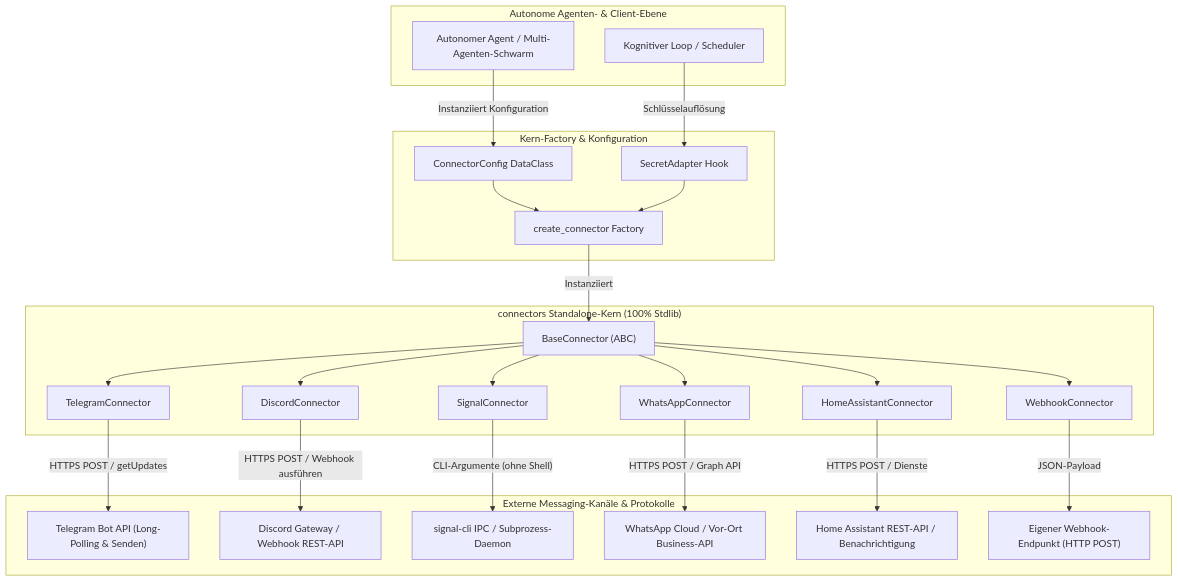
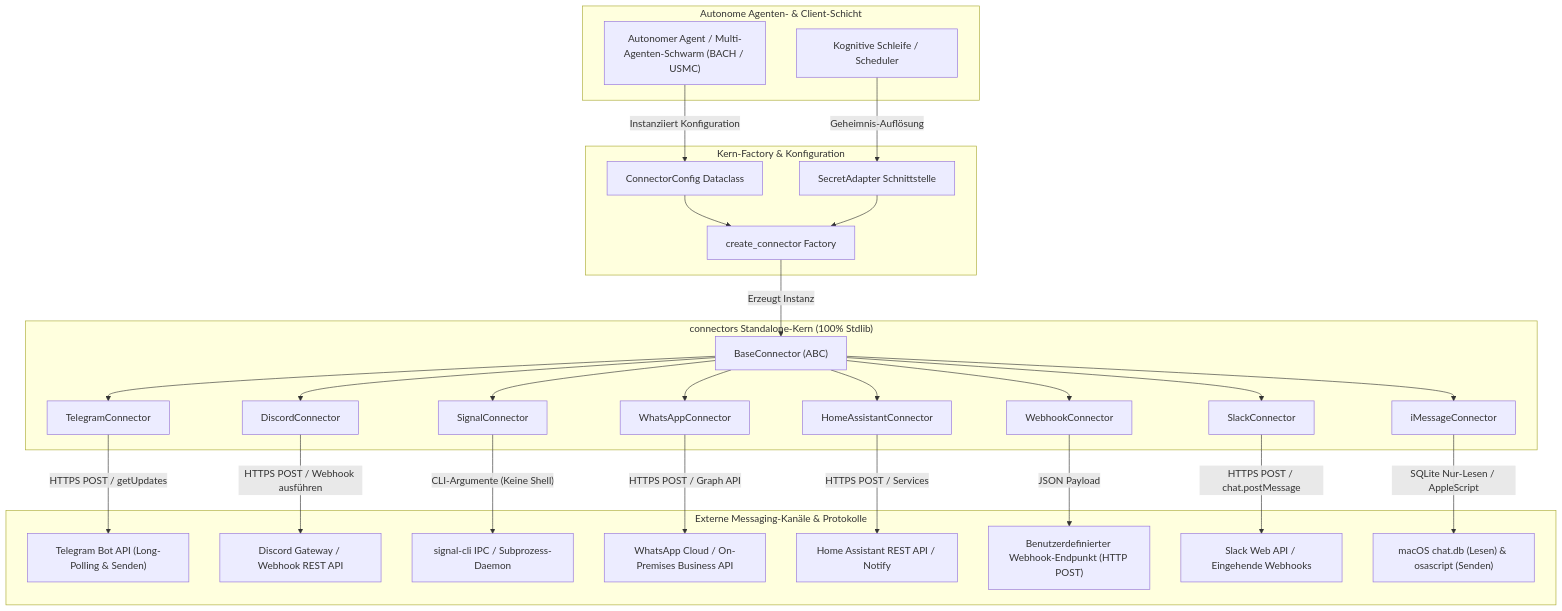
One commit to ellmos-ai/connectors changed the first of 2 diagrams in README_de.md. Above: the diagram before and after it, drawn with Mermaid. The commit also changed other lines of this file and 12 other files, not shown here.

````diff
--- a/README_de.md
+++ b/README_de.md
@@ -59,52 +64,60 @@
 ```mermaid
 flowchart TD
-    subgraph AgentLayer ["Autonome Agenten- & Client-Ebene"]
-        A[Autonomer Agent / Multi-Agenten-Schwarm]
-        B[Kognitiver Loop / Scheduler]
+    subgraph AgentLayer ["Autonome Agenten- & Client-Schicht"]
+        A["Autonomer Agent / Multi-Agenten-Schwarm (BACH / USMC)"]
+        B["Kognitive Schleife / Scheduler"]
     end
 
     subgraph CoreFactory ["Kern-Factory & Konfiguration"]
-        CF[create_connector Factory]
-        CC[ConnectorConfig DataClass]
-        SA[SecretAdapter Hook]
+        CF["create_connector Factory"]
+        CC["ConnectorConfig Dataclass"]
+        SA["SecretAdapter Schnittstelle"]
     end
 
     subgraph ConnectorsModule ["connectors Standalone-Kern (100% Stdlib)"]
         BC["BaseConnector (ABC)"]
-        TC[TelegramConnector]
-        DC[DiscordConnector]
-        SC[SignalConnector]
-        WC[WhatsAppConnector]
-        HC[HomeAssistantConnector]
-        WH[WebhookConnector]
+        TC["TelegramConnector"]
+        DC["DiscordConnector"]
+        SC["SignalConnector"]
+        WC["WhatsAppConnector"]
+        HC["HomeAssistantConnector"]
+        WH["WebhookConnector"]
+        SLC["SlackConnector"]
+        IMC["iMessageConnector"]
     end
 
     subgraph ExternalPlatforms ["Externe Messaging-Kanäle & Protokolle"]
         EP_TG["Telegram Bot API (Long-Polling & Senden)"]
-        EP_DC["Discord Gateway / Webhook REST-API"]
+        EP_DC["Discord Gateway / Webhook REST API"]
         EP_SG["signal-cli IPC / Subprozess-Daemon"]
-        EP_WA["WhatsApp Cloud / Vor-Ort Business-API"]
-        EP_HA["Home Assistant REST-API / Benachrichtigung"]
-        EP_WH["Eigener Webhook-Endpunkt (HTTP POST)"]
+        EP_WA["WhatsApp Cloud / On-Premises Business API"]
+        EP_HA["Home Assistant REST API / Notify"]
+        EP_WH["Benutzerdefinierter Webhook-Endpunkt (HTTP POST)"]
+        EP_SL["Slack Web API / Eingehende Webhooks"]
+        EP_IM["macOS chat.db (Lesen) & osascript (Senden)"]
     end
 
-    A -->|Instanziiert Konfiguration| CC
-    B -->|Schlüsselauflösung| SA
+    A -->|"Instanziiert Konfiguration"| CC
+    B -->|"Geheimnis-Auflösung"| SA
     CC --> CF
     SA --> CF
-    CF -->|Instanziiert| BC
+    CF -->|"Erzeugt Instanz"| BC
 
     BC --> TC
     BC --> DC
     BC --> SC
     BC --> WC
     BC --> HC
     BC --> WH
+    BC --> SLC
+    BC --> IMC
 
-    TC -->|HTTPS POST / getUpdates| EP_TG
-    DC -->|HTTPS POST / Webhook ausführen| EP_DC
-    SC -->|"CLI-Argumente (ohne Shell)"| EP_SG
-    WC -->|HTTPS POST / Graph API| EP_WA
-    HC -->|HTTPS POST / Dienste| EP_HA
-    WH -->|JSON-Payload| EP_WH
+    TC -->|"HTTPS POST / getUpdates"| EP_TG
+    DC -->|"HTTPS POST / Webhook ausführen"| EP_DC
+    SC -->|"CLI-Argumente (Keine Shell)"| EP_SG
+    WC -->|"HTTPS POST / Graph API"| EP_WA
+    HC -->|"HTTPS POST / Services"| EP_HA
+    WH -->|"JSON Payload"| EP_WH
+    SLC -->|"HTTPS POST / chat.postMessage"| EP_SL
+    IMC -->|"SQLite Nur-Lesen / AppleScript"| EP_IM
 ```
````
